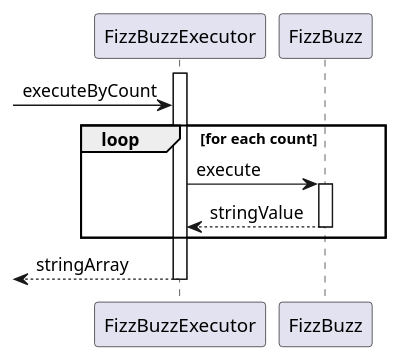
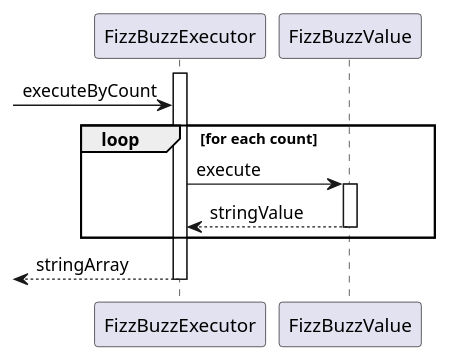
One commit to k2works/etude_for_java changed the second of 2 diagrams in docs/src/fizzbuzz.md. Above: the diagram before and after it, drawn with PlantUML. The commit also changed other lines of this file and 3 other files, not shown here.

First line of the commit message:
FizzBuzz #EFJ-8

````diff
--- a/docs/src/fizzbuzz.md
+++ b/docs/src/fizzbuzz.md
@@ -45,14 +58,14 @@
 ```puml
 @startuml
    activate FizzBuzzExecutor
    -> FizzBuzzExecutor :executeByCount
    loop for each count
-      FizzBuzzExecutor -> FizzBuzz :execute
-      activate FizzBuzz
-        FizzBuzzExecutor <-- FizzBuzz :stringValue
-      deactivate FizzBuzz
+      FizzBuzzExecutor -> FizzBuzzValue :execute
+      activate FizzBuzzValue
+        FizzBuzzExecutor <-- FizzBuzzValue :stringValue
+      deactivate FizzBuzzValue
    end
    <-- FizzBuzzExecutor :stringArray
    deactivate FizzBuzzExecutor
 @enduml
 ```
````
